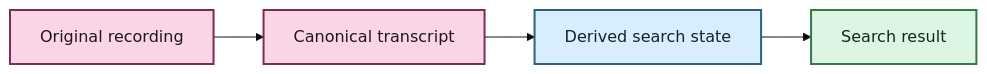
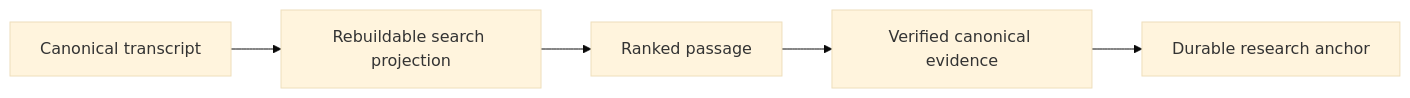
One commit to SSD1805/EchoFlow changed the diagram in docs/documentation-style.md. Above: the diagram before and after it, drawn with Mermaid (base theme). The commit also changed other lines of this file, not shown here.

Commit message:
docs: make diagram guidance portable

````diff
--- a/docs/documentation-style.md
+++ b/docs/documentation-style.md
@@ -114,14 +122,7 @@
 ```mermaid
 flowchart LR
-    A[Original recording] --> B[Canonical transcript]
-    B --> C[Derived search state]
-    C --> D[Search result]
-
-    classDef evidence fill:#F9D5E5,stroke:#7B2E52,stroke-width:2px,color:#22151B
-    classDef derived fill:#D8EEFF,stroke:#2E617B,stroke-width:2px,color:#12222A
-    classDef result fill:#DDF5E3,stroke:#347A46,stroke-width:2px,color:#142719
-
-    class A,B evidence
-    class C derived
-    class D result
+    A[Canonical transcript] --> B[Rebuildable search projection]
+    B --> C[Ranked passage]
+    C --> D[Verified canonical evidence]
+    D --> E[Durable research anchor]
 ```
````
